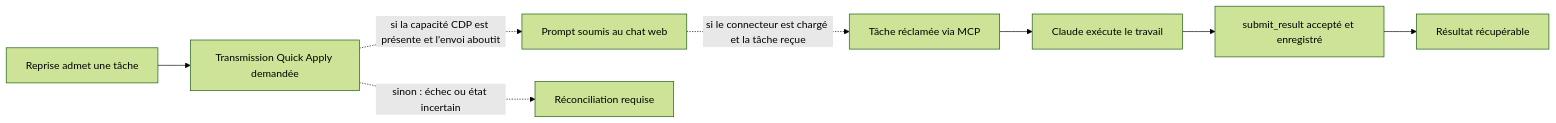
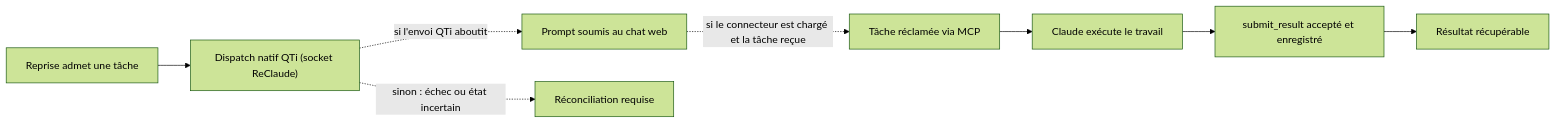
Before and after one commit to heraisys-sas/reprise-harness: the second of 2 diagrams in README.md, drawn with Mermaid (forest theme). The commit also changed other lines of this file and 4 other files, not shown here.

First line of the commit message:
docs: canaux Claude a jour post-#124 (dispatch natif QTi)

````diff
--- a/README.md
+++ b/README.md
@@ -37,10 +37,10 @@
 ```mermaid
 flowchart LR
-    A["Reprise admet une tâche"] --> B["Transmission Quick Apply demandée"]
-    B -. "si la capacité CDP est présente et l'envoi aboutit" .-> C["Prompt soumis au chat web"]
+    A["Reprise admet une tâche"] --> B["Dispatch natif QTi (socket ReClaude)"]
+    B -. "si l'envoi QTi aboutit" .-> C["Prompt soumis au chat web"]
     C -. "si le connecteur est chargé et la tâche reçue" .-> D["Tâche réclamée via MCP"]
     D --> E["Claude exécute le travail"]
     E --> F["submit_result accepté et enregistré"]
     F --> G["Résultat récupérable"]
     B -. "sinon : échec ou état incertain" .-> H["Réconciliation requise"]
 ```
````
